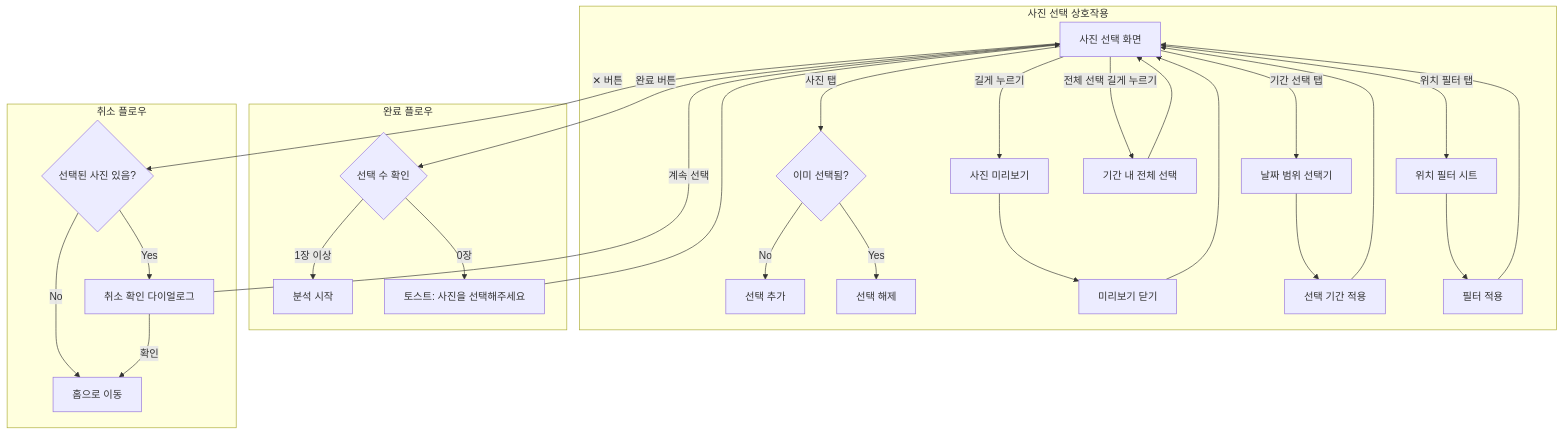
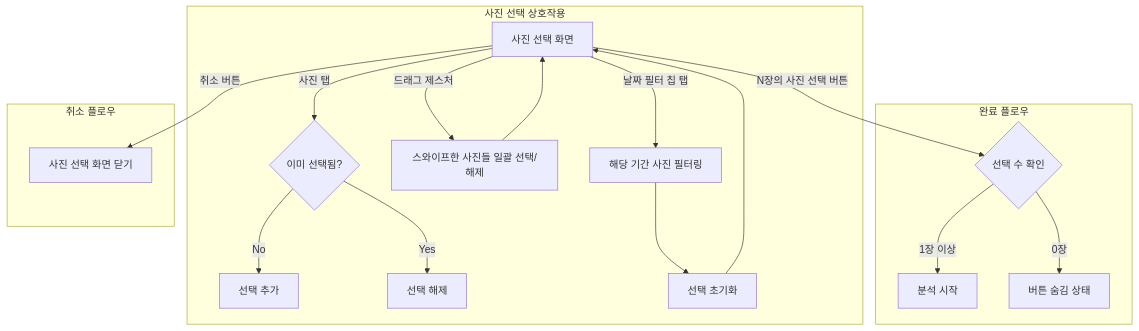
Before and after one commit to leonardo204/Wander: the eighth of 44 diagrams in Ref-Concepts/wander_ui_scenario.md, drawn with Mermaid. The commit also changed other lines of this file and 22 other files, not shown here.

````diff
--- a/Ref-Concepts/wander_ui_scenario.md
+++ b/Ref-Concepts/wander_ui_scenario.md
@@ -556,40 +580,27 @@
 ```mermaid
 flowchart TD
     subgraph "사진 선택 상호작용"
         A[사진 선택 화면]
 
         A -->|사진 탭| B{이미 선택됨?}
         B -->|No| C[선택 추가]
         B -->|Yes| D[선택 해제]
 
-        A -->|길게 누르기| E[사진 미리보기]
-        E --> F[미리보기 닫기]
-        F --> A
+        A -->|드래그 제스처| E[스와이프한 사진들 일괄 선택/해제]
+        E --> A
 
-        A -->|기간 선택 탭| G[날짜 범위 선택기]
-        G --> H[선택 기간 적용]
-        H --> A
-
-        A -->|위치 필터 탭| I[위치 필터 시트]
-        I --> J[필터 적용]
-        J --> A
-
-        A -->|전체 선택 길게 누르기| K[기간 내 전체 선택]
-        K --> A
+        A -->|날짜 필터 칩 탭| F[해당 기간 사진 필터링]
+        F --> G[선택 초기화]
+        G --> A
     end
 
     subgraph "완료 플로우"
-        A -->|완료 버튼| L{선택 수 확인}
-        L -->|1장 이상| M[분석 시작]
-        L -->|0장| N[토스트: 사진을 선택해주세요]
-        N --> A
+        A -->|N장의 사진 선택 버튼| H{선택 수 확인}
+        H -->|1장 이상| I[분석 시작]
+        H -->|0장| J[버튼 숨김 상태]
     end
 
     subgraph "취소 플로우"
-        A -->|✕ 버튼| O{선택된 사진 있음?}
-        O -->|Yes| P[취소 확인 다이얼로그]
-        O -->|No| Q[홈으로 이동]
-        P -->|확인| Q
-        P -->|계속 선택| A
+        A -->|취소 버튼| K[사진 선택 화면 닫기]
     end
 ```
````
